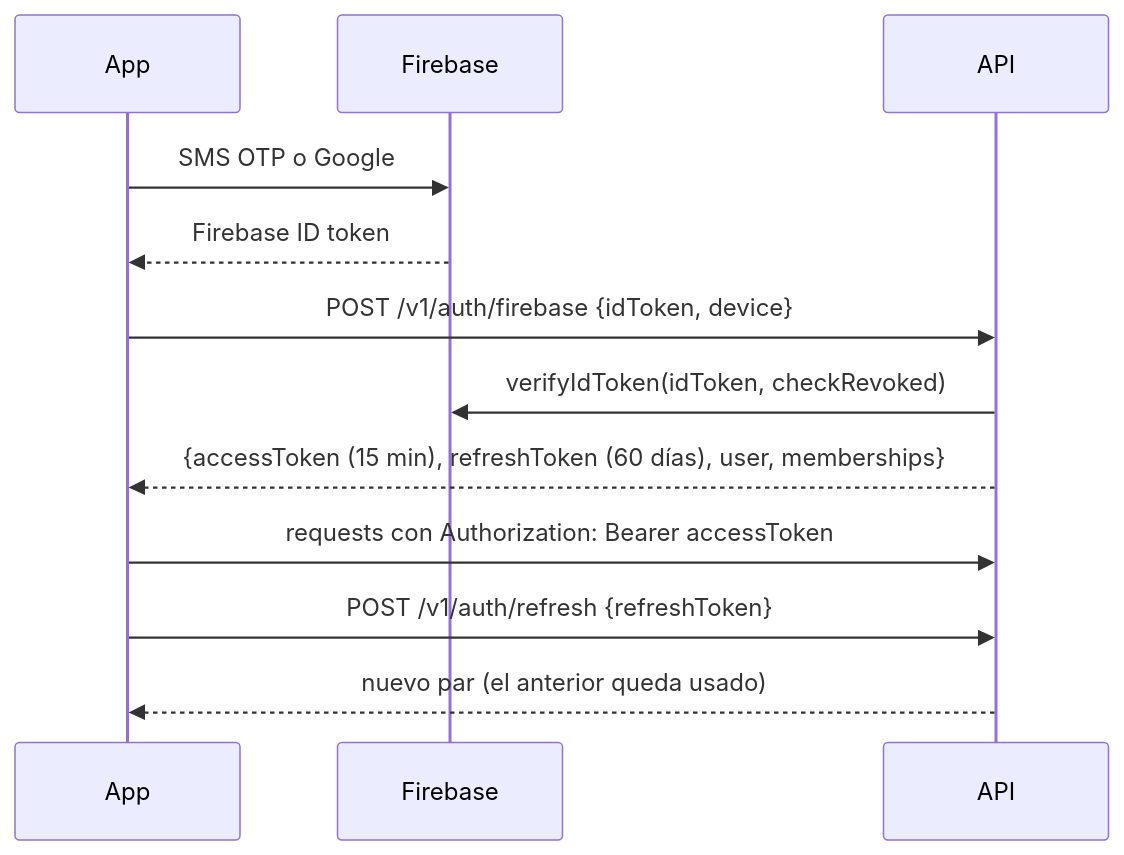
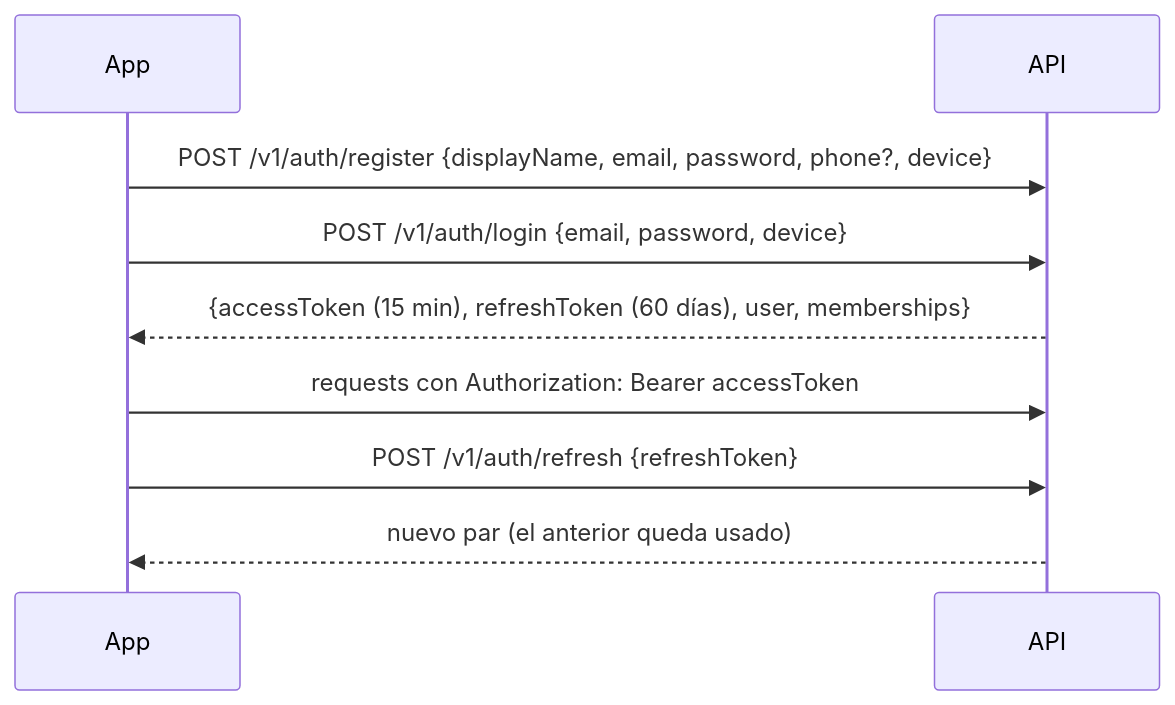
The diagram in docs/arquitectura-backend.md (SOLUTI0N-TECH/cumavi-pos), drawn with Mermaid before and after one commit. The commit also changed other lines of this file and 11 other files, not shown here.

````diff
--- a/docs/arquitectura-backend.md
+++ b/docs/arquitectura-backend.md
@@ -74,14 +74,11 @@
 ```mermaid
 sequenceDiagram
   participant App
-  participant Firebase
   participant API
-  App->>Firebase: SMS OTP o Google
-  Firebase-->>App: Firebase ID token
-  App->>API: POST /v1/auth/firebase {idToken, device}
-  API->>Firebase: verifyIdToken(idToken, checkRevoked)
+  App->>API: POST /v1/auth/register {displayName, email, password, phone?, device}
+  App->>API: POST /v1/auth/login {email, password, device}
   API-->>App: {accessToken (15 min), refreshToken (60 días), user, memberships}
   App->>API: requests con Authorization: Bearer accessToken
   App->>API: POST /v1/auth/refresh {refreshToken}
   API-->>App: nuevo par (el anterior queda usado)
 ```
````
